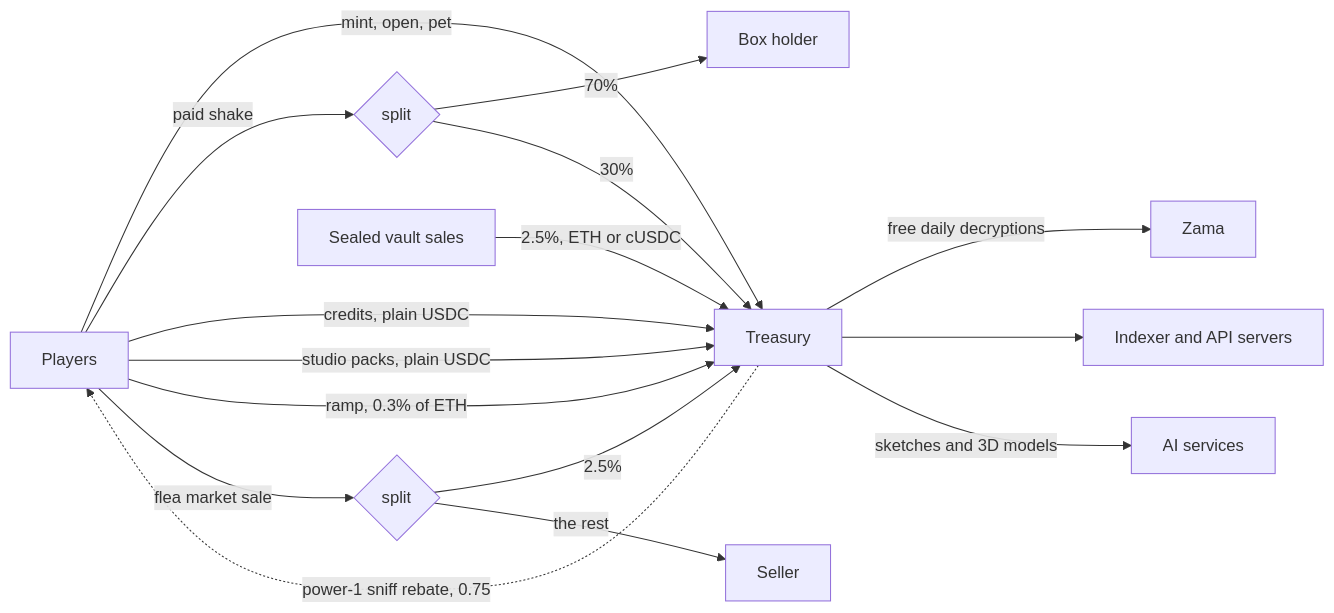
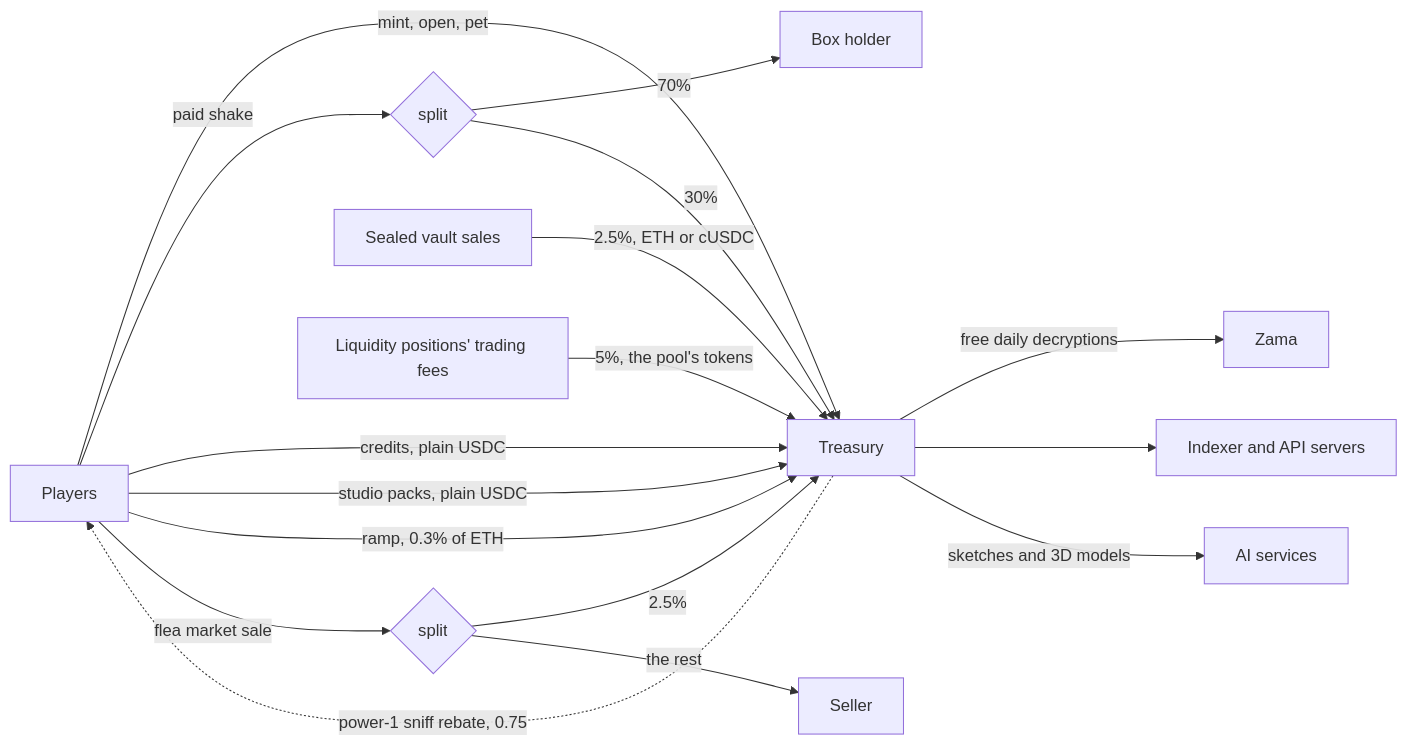
One commit to jecombe/do_not_open changed diagram 43 of 50 in docs/FLOWS.md. Above: the diagram before and after it, drawn with Mermaid. The commit also changed other lines of this file and 23 other files, not shown here.

Commit message:
Bring the liquidity positions into every doc, the vault's and the project's pages in four languages, and read waiting fundings in spans

````diff
--- a/docs/FLOWS.md
+++ b/docs/FLOWS.md
@@ -1385,18 +1444,19 @@
 ```mermaid
 flowchart LR
   P[Players] -- "mint, open, pet" --> T[Treasury]
   P -- "paid shake" --> S{split}
   S -- 70% --> H[Box holder]
   S -- 30% --> T
   T -. "power-1 sniff rebate, 0.75" .-> P
   P -- "credits, plain USDC" --> T
   P -- "studio packs, plain USDC" --> T
   P -- "ramp, 0.3% of ETH" --> T
   P -- "flea market sale" --> F{split}
   F -- "2.5%" --> T
   F -- "the rest" --> SE[Seller]
   V[Sealed vault sales] -- "2.5%, ETH or cUSDC" --> T
+  LP[Liquidity positions' trading fees] -- "5%, the pool's tokens" --> T
   T -- "free daily decryptions" --> Z[Zama]
   T --> I[Indexer and API servers]
   T -- "sketches and 3D models" --> AI[AI services]
 ```
````
